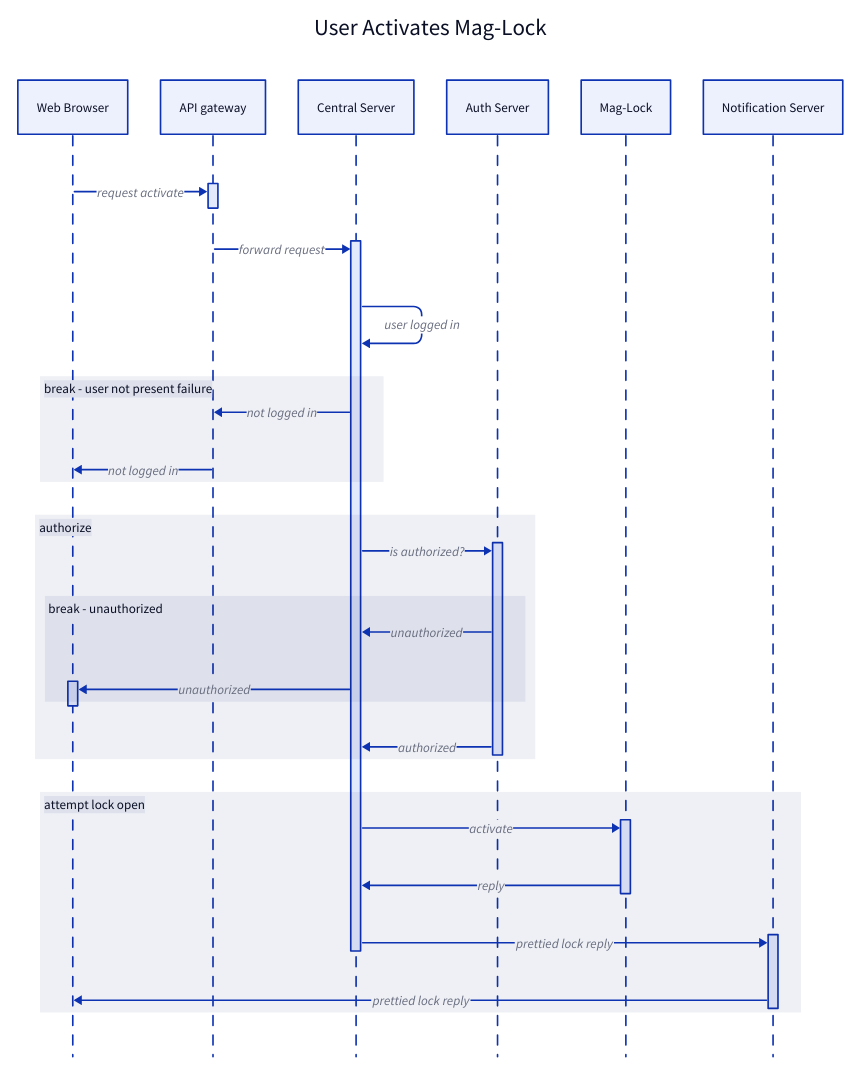
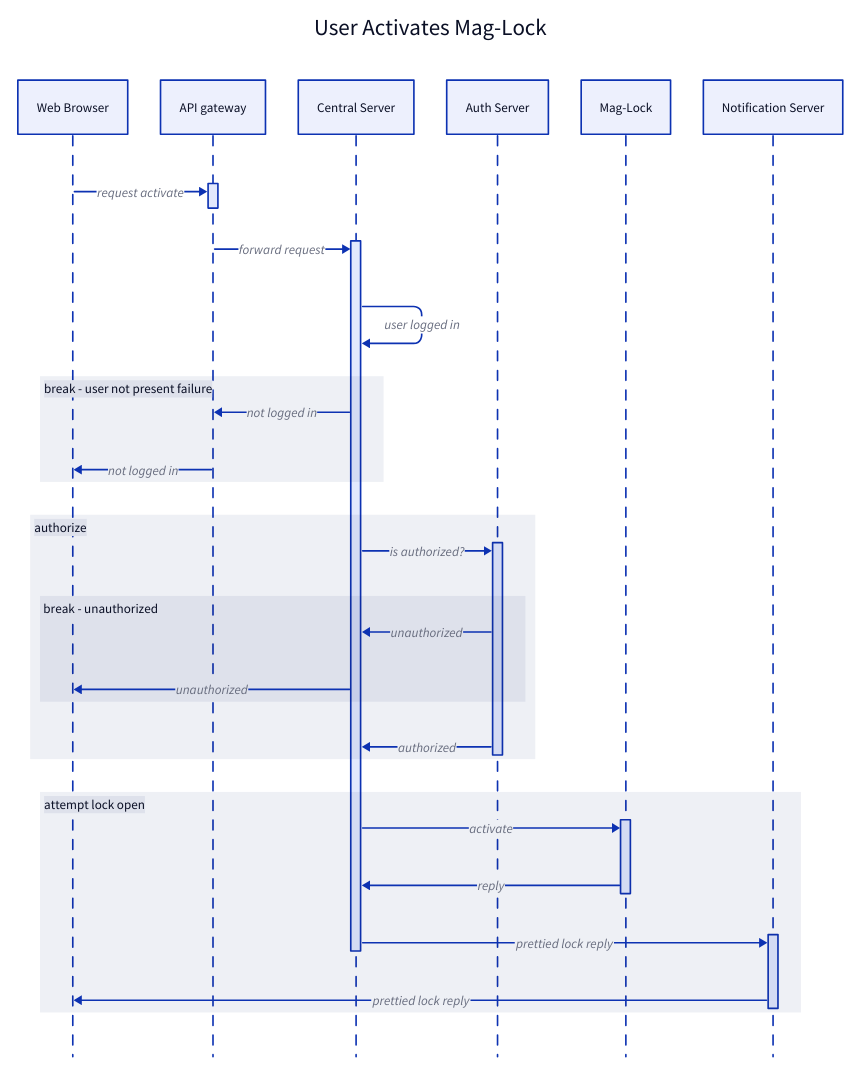
Before and after one commit to nchandlersmith/udacity-exercises: the diagram in Writerside/topics/sequence.md, drawn with D2.

Commit message:
fix: update my solution

````diff
--- a/Writerside/topics/sequence.md
+++ b/Writerside/topics/sequence.md
@@ -2,35 +2,35 @@
 ```D2
 User Activates Mag-Lock: {
     shape: sequence_diagram
     browser: Web Browser
     gateway: API gateway
     central: Central Server
     auth: Auth Server
     lock: Mag-Lock
     notification: Notification Server
     
     browser -> gateway.a: request activate
     gateway -> central.a: forward request
     central.a -> central.a: user logged in
     break - user not present failure: {
         central.a -> gateway: not logged in
         gateway -> browser: not logged in 
     }
     
     authorize: {
         central.a -> auth.a: is authorized?
         break - unauthorized: {
             auth.a -> central.a: unauthorized
-            central.a -> browser.a: unauthorized
+            central.a -> browser: unauthorized
         }
         auth.a -> central.a: authorized
     }
 
     attempt lock open: {
         central.a -> lock.a: activate
         lock.a -> central.a: reply
         central.a -> notification.a: prettied lock reply
         notification.a -> browser: prettied lock reply
     }
 }
 ```
````
